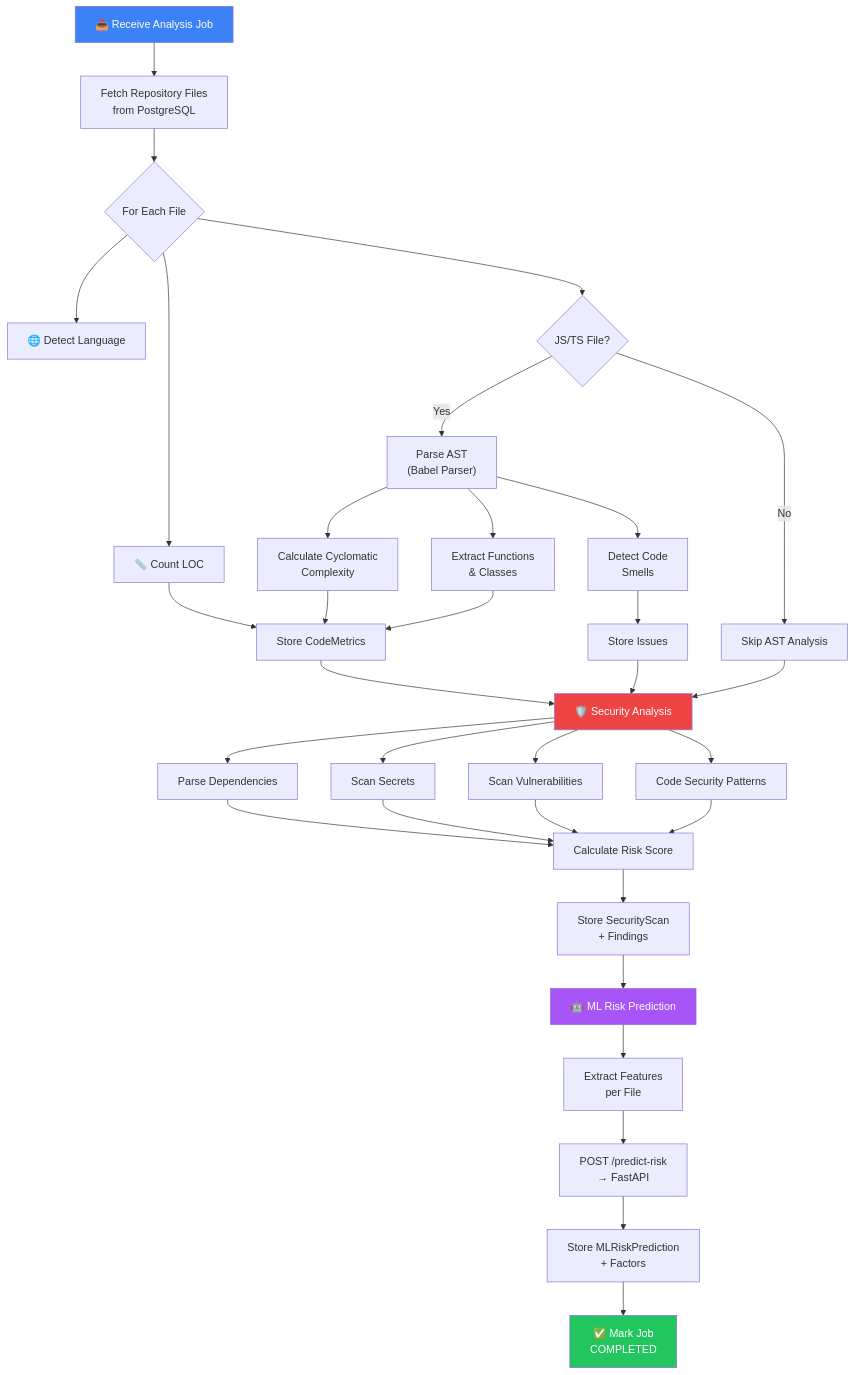
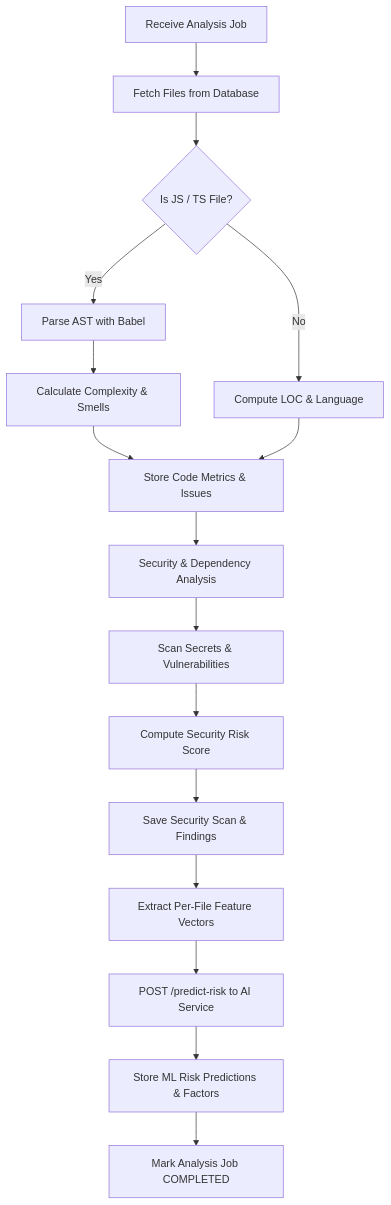
One commit to sivaganesh7/DevCodeX64 changed the fourth of 10 diagrams in README.md. Above: the diagram before and after it, drawn with Mermaid. The commit also changed other lines of this file, not shown here.

Commit message:
Updated the status of project and features planning

````diff
--- a/README.md
+++ b/README.md
@@ -254,49 +237,22 @@
 ```mermaid
 flowchart TD
-    START["📥 Receive Analysis Job"] --> FETCH["Fetch Repository Files<br/>from PostgreSQL"]
-    FETCH --> LOOP{"For Each File"}
+    A1["Receive Analysis Job"] --> A2["Fetch Files from Database"]
+    A2 --> A3{"Is JS / TS File?"}
 
-    LOOP --> LOC["📏 Count LOC"]
-    LOOP --> LANG["🌐 Detect Language"]
-    LOOP --> AST{"JS/TS File?"}
+    A3 -- Yes --> B1["Parse AST with Babel"]
+    B1 --> B2["Calculate Complexity & Smells"]
+    B2 --> B3["Store Code Metrics & Issues"]
 
-    AST -->|Yes| PARSE["Parse AST<br/>(Babel Parser)"]
-    PARSE --> CC["Calculate Cyclomatic<br/>Complexity"]
-    PARSE --> FN["Extract Functions<br/>& Classes"]
-    PARSE --> SMELL["Detect Code<br/>Smells"]
+    A3 -- No --> B4["Compute LOC & Language"]
+    B4 --> B3
 
-    AST -->|No| SKIP["Skip AST Analysis"]
+    B3 --> C1["Security & Dependency Analysis"]
+    C1 --> C2["Scan Secrets & Vulnerabilities"]
+    C2 --> C3["Compute Security Risk Score"]
+    C3 --> C4["Save Security Scan & Findings"]
 
-    LOC --> METRICS["Store CodeMetrics"]
-    CC --> METRICS
-    FN --> METRICS
-    SMELL --> ISSUES["Store Issues"]
-
-    METRICS --> SEC["🛡️ Security Analysis"]
-    ISSUES --> SEC
-    SKIP --> SEC
-
-    SEC --> DEP["Parse Dependencies"]
-    SEC --> SECRET["Scan Secrets"]
-    SEC --> VULN["Scan Vulnerabilities"]
-    SEC --> CODESEC["Code Security Patterns"]
-
-    DEP --> RISK["Calculate Risk Score"]
-    SECRET --> RISK
-    VULN --> RISK
-    CODESEC --> RISK
-
-    RISK --> STORE_SEC["Store SecurityScan<br/>+ Findings"]
-
-    STORE_SEC --> ML["🤖 ML Risk Prediction"]
-    ML --> FEATURES["Extract Features<br/>per File"]
-    FEATURES --> PREDICT["POST /predict-risk<br/>→ FastAPI"]
-    PREDICT --> STORE_ML["Store MLRiskPrediction<br/>+ Factors"]
-
-    STORE_ML --> COMPLETE["✅ Mark Job<br/>COMPLETED"]
-
-    style START fill:#3b82f6,color:#fff
-    style COMPLETE fill:#22c55e,color:#fff
-    style ML fill:#a855f7,color:#fff
-    style SEC fill:#ef4444,color:#fff
+    C4 --> D1["Extract Per-File Feature Vectors"]
+    D1 --> D2["POST /predict-risk to AI Service"]
+    D2 --> D3["Store ML Risk Predictions & Factors"]
+    D3 --> D4["Mark Analysis Job COMPLETED"]
 ```
````
